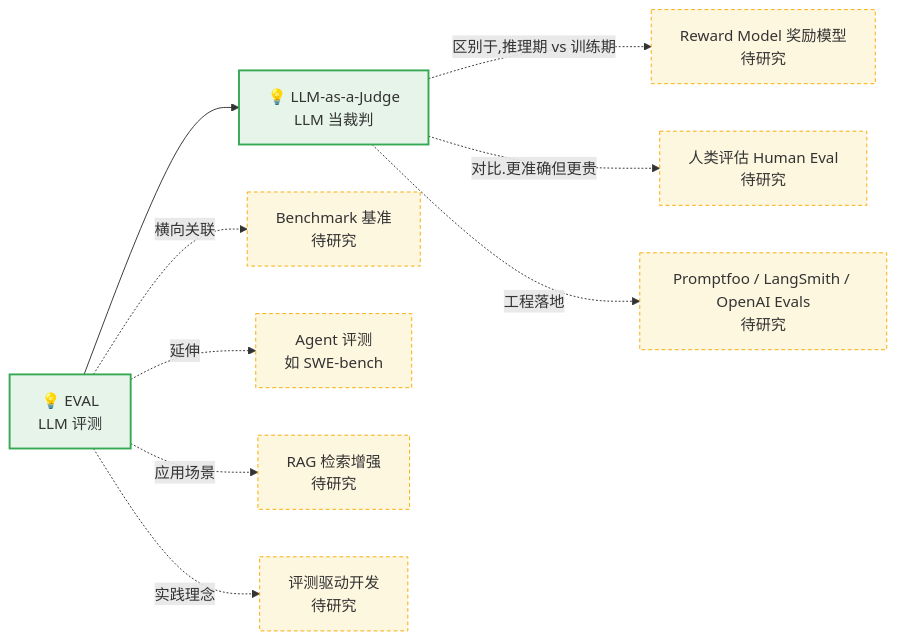
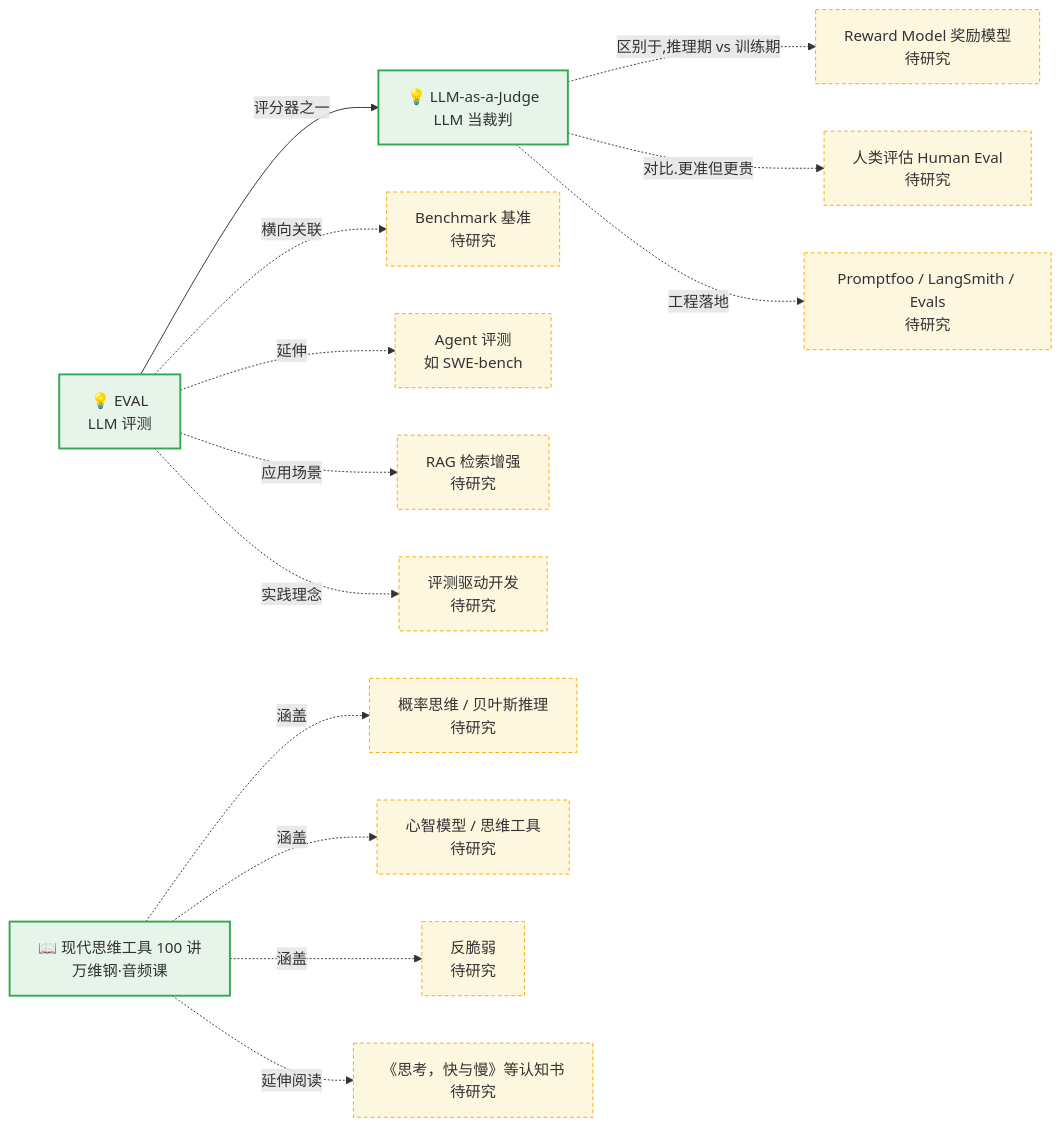
Before and after one commit to 1739467001-svg/info-search: the diagram in relations.md, drawn with Mermaid. The commit also changed other lines of this file and 2 other files, not shown here.

Commit message:
docs: 新增读书笔记《现代思维工具100讲》(万维钢课程) 并扩充关系图谱认知簇

````diff
--- a/relations.md
+++ b/relations.md
@@ -7,19 +7,26 @@
 ```mermaid
 graph LR
     EVAL["💡 EVAL<br/>LLM 评测"]:::done
     J["💡 LLM-as-a-Judge<br/>LLM 当裁判"]:::done
+    BOOK["📖 现代思维工具 100 讲<br/>万维钢·音频课"]:::done
 
-    EVAL --> J
+    EVAL -->|评分器之一| J
     J -.->|区别于,推理期 vs 训练期| RM["Reward Model 奖励模型<br/>待研究"]
-    J -.->|对比.更准确但更贵| HMAN["人类评估 Human Eval<br/>待研究"]
+    J -.->|对比.更准但更贵| HMAN["人类评估 Human Eval<br/>待研究"]
     EVAL -.->|横向关联| BENCH["Benchmark 基准<br/>待研究"]
     EVAL -.->|延伸| AGENT["Agent 评测<br/>如 SWE-bench"]
-    EVAL -.->|应用场景| RAGM["RAG 检索增强<br/>待研究"]
+    EVAL -.->|应用场景| RAG["RAG 检索增强<br/>待研究"]
     EVAL -.->|实践理念| EDD["评测驱动开发<br/>待研究"]
-    J -.->|工程落地| TOOLS2["Promptfoo / LangSmith / OpenAI Evals<br/>待研究"]
+    J -.->|工程落地| TOOL["Promptfoo / LangSmith / Evals<br/>待研究"]
+
+    BOOK -.->|涵盖| PROB["概率思维 / 贝叶斯推理<br/>待研究"]
+    BOOK -.->|涵盖| FWK["心智模型 / 思维工具<br/>待研究"]
+    BOOK -.->|涵盖| ANTF["反脆弱<br/>待研究"]
+    BOOK -.->|延伸阅读| TBOOK["《思考，快与慢》等认知书<br/>待研究"]
 
     classDef done fill:#e6f4ea,stroke:#34a853,stroke-width:2px;
     classDef td fill:#fef7e0,stroke:#f9ab00,stroke-width:1px,stroke-dasharray: 4 3;
-    class EVAL,J done;
-    class RM,HMAN,BENCH,AGENT,RAGM,EDD,TOOLS2 td;
+    class EVAL,J,BOOK done;
+    class RM,HMAN,BENCH,AGENT,RAG,EDD,TOOL td;
+    class PROB,FWK,ANTF,TBOOK td;
 ```
````
